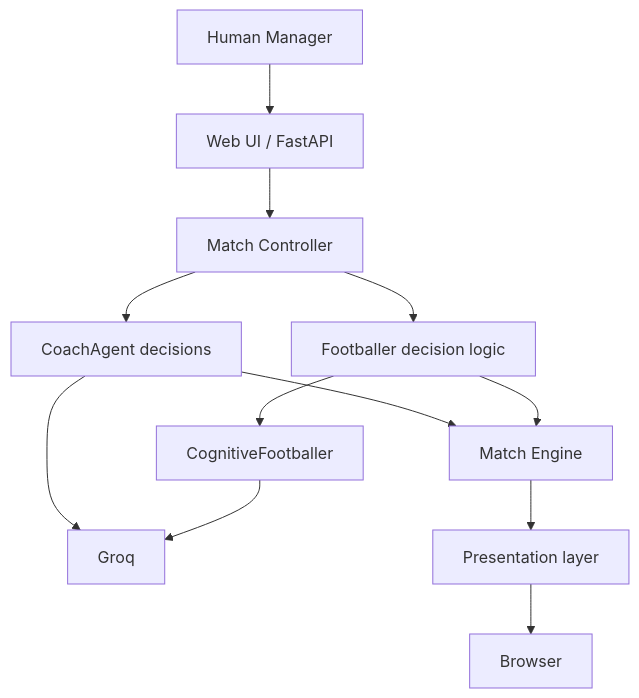
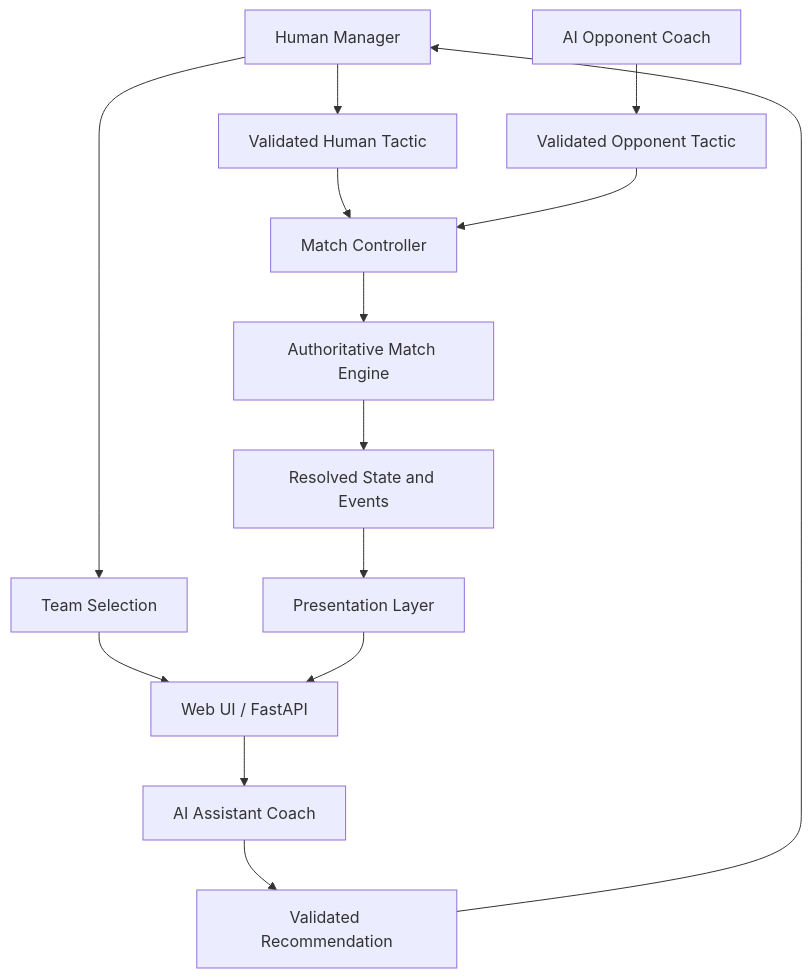
Before and after one commit to marciodearagao/ai-football-agentic: the diagram in docs/ARCHITECTURE.md, drawn with Mermaid. The commit also changed other lines of this file and 46 other files, not shown here.

````diff
--- a/docs/ARCHITECTURE.md
+++ b/docs/ARCHITECTURE.md
@@ -19,14 +94,16 @@
 ```mermaid
 flowchart TD
-    HM[Human Manager] --> UI[Web UI / FastAPI]
-    UI --> MC[Match Controller]
-    MC --> CA[CoachAgent decisions]
-    MC --> FD[Footballer decision logic]
-    CA --> ME[Match Engine]
-    FD --> ME
-    CA --> G[Groq]
-    CF[CognitiveFootballer] --> G
-    FD --> CF
-    ME --> PL[Presentation layer]
-    PL --> B[Browser]
+    HM[Human Manager] --> TS[Team Selection]
+    TS --> UI[Web UI / FastAPI]
+    UI --> AC[AI Assistant Coach]
+    AC --> REC[Validated Recommendation]
+    REC --> HM
+    HM --> HD[Validated Human Tactic]
+    OC[AI Opponent Coach] --> OD[Validated Opponent Tactic]
+    HD --> MC[Match Controller]
+    OD --> MC
+    MC --> ME[Authoritative Match Engine]
+    ME --> RS[Resolved State and Events]
+    RS --> PL[Presentation Layer]
+    PL --> UI
 ```
````
